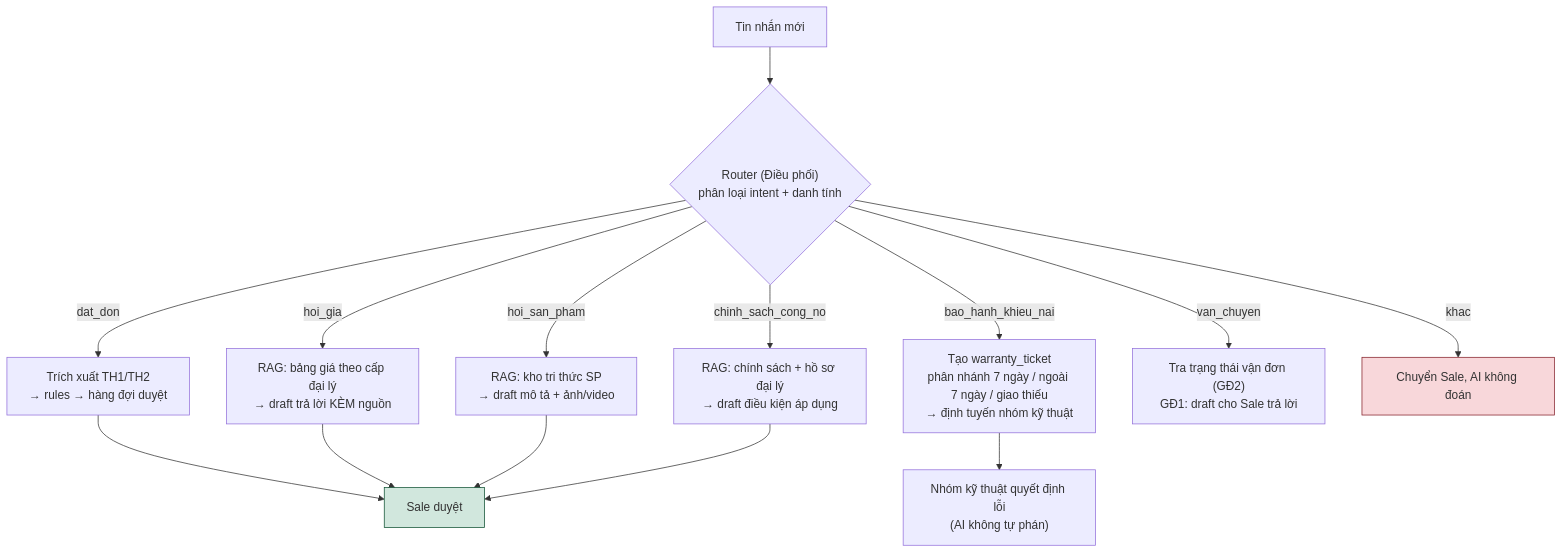
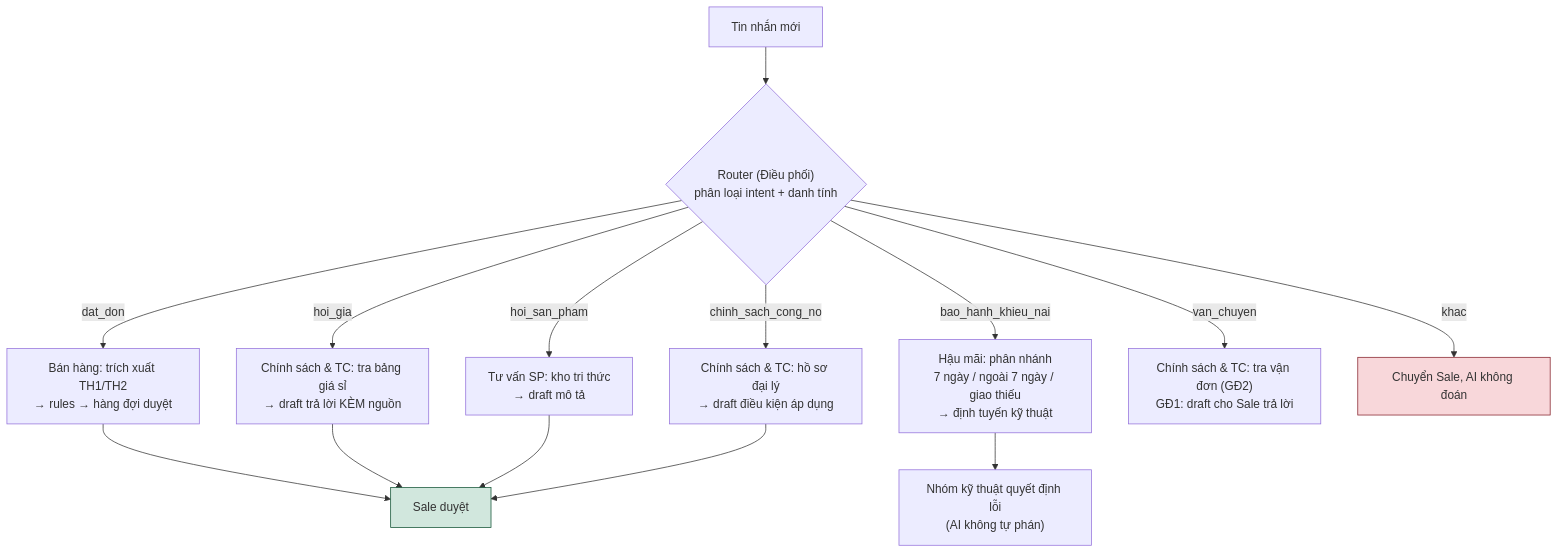
One commit to phungtienviet14-sketch/nexagnet-platform changed the fifth of 8 diagrams in docs/so-do-he-thong.md. Above: the diagram before and after it, drawn with Mermaid. The commit also changed other lines of this file and 8 other files, not shown here.

````diff
--- a/docs/so-do-he-thong.md
+++ b/docs/so-do-he-thong.md
@@ -162,21 +166,21 @@
 ```mermaid
 flowchart TD
     MSG["Tin nhắn mới"] --> INT{"Router (Điều phối)<br/>phân loại intent + danh tính"}
 
-    INT -->|dat_don| EX["Trích xuất TH1/TH2<br/>→ rules → hàng đợi duyệt"]
-    INT -->|hoi_gia| RAG1["RAG: bảng giá theo cấp đại lý<br/>→ draft trả lời KÈM nguồn"]
-    INT -->|hoi_san_pham| RAG2["RAG: kho tri thức SP<br/>→ draft mô tả + ảnh/video"]
-    INT -->|chinh_sach_cong_no| RAG3["RAG: chính sách + hồ sơ đại lý<br/>→ draft điều kiện áp dụng"]
-    INT -->|bao_hanh_khieu_nai| WAR["Tạo warranty_ticket<br/>phân nhánh 7 ngày / ngoài 7 ngày / giao thiếu<br/>→ định tuyến nhóm kỹ thuật"]
-    INT -->|van_chuyen| SHIP2["Tra trạng thái vận đơn (GĐ2)<br/>GĐ1: draft cho Sale trả lời"]
+    INT -->|dat_don| EX["Bán hàng: trích xuất TH1/TH2<br/>→ rules → hàng đợi duyệt"]
+    INT -->|hoi_gia| RAG1["Chính sách & TC: tra bảng giá sỉ<br/>→ draft trả lời KÈM nguồn"]
+    INT -->|hoi_san_pham| RAG2["Tư vấn SP: kho tri thức<br/>→ draft mô tả"]
+    INT -->|chinh_sach_cong_no| RAG3["Chính sách & TC: hồ sơ đại lý<br/>→ draft điều kiện áp dụng"]
+    INT -->|bao_hanh_khieu_nai| WAR["Hậu mãi: phân nhánh<br/>7 ngày / ngoài 7 ngày / giao thiếu<br/>→ định tuyến kỹ thuật"]
+    INT -->|van_chuyen| SHIP2["Chính sách & TC: tra vận đơn (GĐ2)<br/>GĐ1: draft cho Sale trả lời"]
     INT -->|khac| HUMAN["Chuyển Sale, AI không đoán"]
 
     EX --> SALE2["Sale duyệt"]
     RAG1 --> SALE2
     RAG2 --> SALE2
     RAG3 --> SALE2
     WAR --> TECH["Nhóm kỹ thuật quyết định lỗi<br/>(AI không tự phán)"]
 
     style HUMAN fill:#f8d7da,stroke:#842029
     style SALE2 fill:#d1e7dd,stroke:#0f5132
 ```
````
